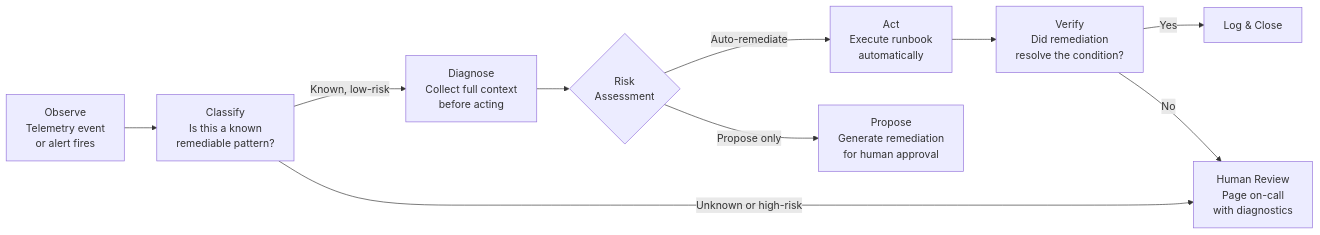
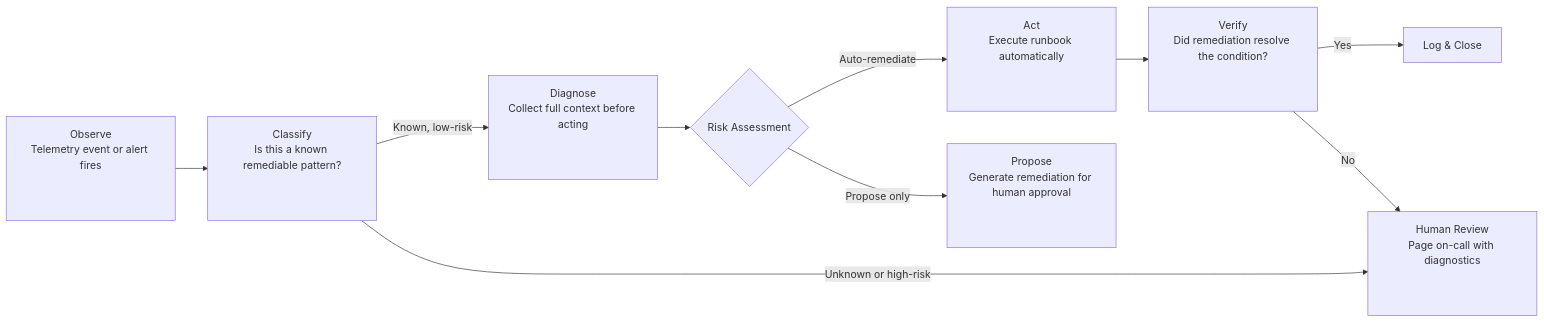
One commit to ppklau/network_automation_handbook changed the fourth of 4 diagrams in 08-operations-automation/chapter.md. Above: the diagram before and after it, drawn with Mermaid. The commit also changed other lines of this file and 12 other files, not shown here.

Commit message:
Adjusted mermaid diagrams.

````diff
--- a/08-operations-automation/chapter.md
+++ b/08-operations-automation/chapter.md
@@ -298,12 +298,12 @@
 ```mermaid
 graph LR
-    OBS["Observe<br>Telemetry event<br>or alert fires"] --> CLASS["Classify<br>Is this a known<br>remediable pattern?"]
-    CLASS -->|"Known, low-risk"| DIAG["Diagnose<br>Collect full context<br>before acting"]
-    CLASS -->|"Unknown or high-risk"| HUMAN["Human Review<br>Page on-call<br>with diagnostics"]
-    DIAG --> RISK{"Risk<br>Assessment"}
-    RISK -->|"Auto-remediate"| ACT["Act<br>Execute runbook<br>automatically"]
-    RISK -->|"Propose only"| PROP["Propose<br>Generate remediation<br>for human approval"]
-    ACT --> VERIFY["Verify<br>Did remediation<br>resolve the condition?"]
+    OBS["<div style='min-height:130px'>Observe<br>Telemetry event or alert fires</div>"] --> CLASS["<div style='min-height:130px'>Classify<br>Is this a known remediable pattern?</div>"]
+    CLASS -->|"Known, low-risk"| DIAG["<div style='min-height:130px'>Diagnose<br>Collect full context before acting</div>"]
+    CLASS -->|"Unknown or high-risk"| HUMAN["<div style='min-height:130px'>Human Review<br>Page on-call with diagnostics</div>"]
+    DIAG --> RISK{"Risk Assessment"}
+    RISK -->|"Auto-remediate"| ACT["<div style='min-height:130px'>Act<br>Execute runbook automatically</div>"]
+    RISK -->|"Propose only"| PROP["<div style='min-height:130px'>Propose<br>Generate remediation for human approval</div>"]
+    ACT --> VERIFY["<div style='min-height:130px'>Verify<br>Did remediation resolve the condition?</div>"]
     VERIFY -->|"Yes"| LOG["Log & Close"]
     VERIFY -->|"No"| HUMAN
 ```
````
